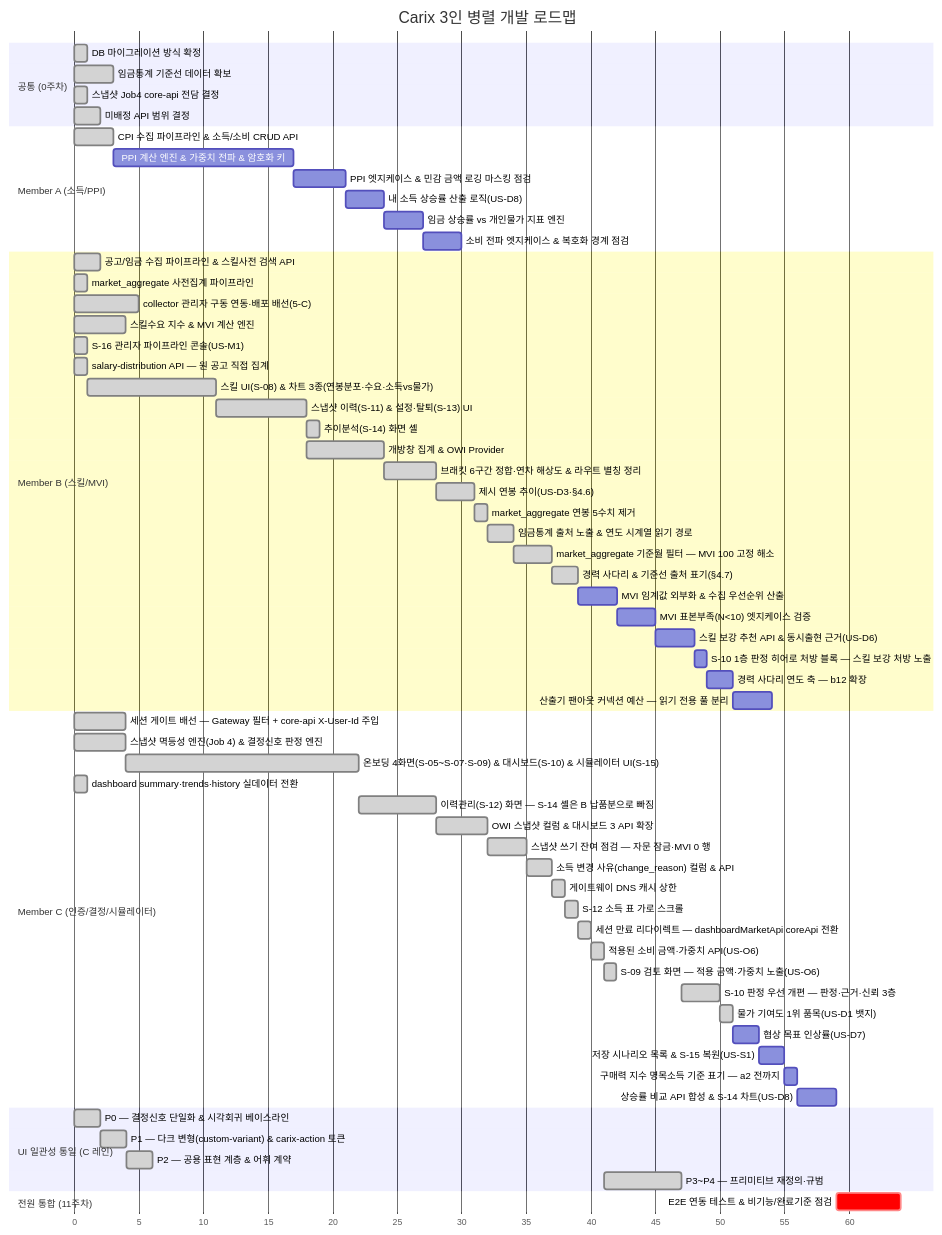
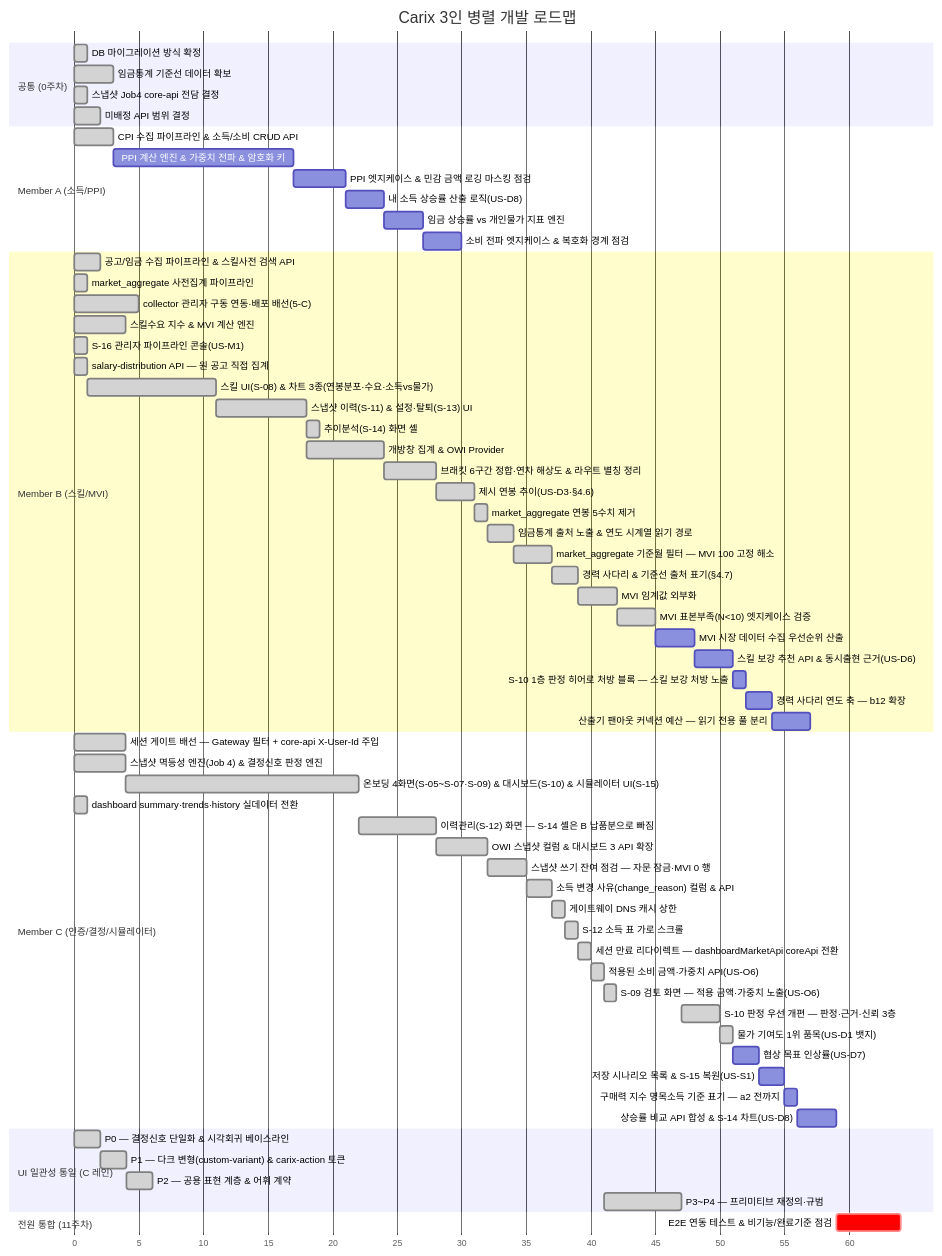
The first of 2 diagrams in docs/plans/carix-dev-plan.md (SeoHyeokGyu/Carix), drawn with Mermaid before and after one commit. The commit also changed other lines of this file, not shown here.

````diff
--- a/docs/plans/carix-dev-plan.md
+++ b/docs/plans/carix-dev-plan.md
@@ -89,68 +89,69 @@
 ```mermaid
 gantt
     title Carix 3인 병렬 개발 로드맵
     dateFormat X
     axisFormat %s
     section 공통 (0주차)
     DB 마이그레이션 방식 확정 :done, c0a, 0, 1s
     임금통계 기준선 데이터 확보 :done, a0, 3, 3s
     스냅샷 Job4 core-api 전담 결정 :done, i0, 7, 1s
     미배정 API 범위 결정 :done, c0, 7, 2s
     section Member A (소득/PPI)
     CPI 수집 파이프라인 & 소득/소비 CRUD API :done, a1, 12, 3s
     PPI 계산 엔진 & 가중치 전파 & 암호화 키 :a2, after a1, 14s
     PPI 엣지케이스 & 민감 금액 로깅 마스킹 점검 :a7, after a2, 4s
     내 소득 상승률 산출 로직(US-D8) :a9, after a7, 3s
     임금 상승률 vs 개인물가 지표 엔진 :a10, after a9, 3s
     소비 전파 엣지케이스 & 복호화 경계 점검 :a12, after a10, 3s
     section Member B (스킬/MVI)
     공고/임금 수집 파이프라인 & 스킬사전 검색 API :done, b1, 2, 2s
     market_aggregate 사전집계 파이프라인 :done, b2a, 3, 1s
     collector 관리자 구동 연동·배포 배선(5-C) :done, b0, 7, 5s
     스킬수요 지수 & MVI 계산 엔진 :done, b2, 8, 4s
     S-16 관리자 파이프라인 콘솔(US-M1) :done, b16, 14, 1s
     salary-distribution API — 원 공고 직접 집계 :done, b3a, 15, 1s
     스킬 UI(S-08) & 차트 3종(연봉분포·수요·소득vs물가) :done, b3, after b3a, 10s
     스냅샷 이력(S-11) & 설정·탈퇴(S-13) UI :done, b4, after b3, 7s
     추이분석(S-14) 화면 셸 :done, b4a, after b4, 1s
     개방창 집계 & OWI Provider :done, b6, after b4, 6s
     브래킷 6구간 정합·연차 해상도 & 라우트 별칭 정리 :done, b7, after b6, 4s
     제시 연봉 추이(US-D3·§4.6) :done, b10, after b7, 3s
     market_aggregate 연봉 5수치 제거 :done, b11, after b10, 1s
     임금통계 출처 노출 & 연도 시계열 읽기 경로 :done, b13, after b11, 2s
     market_aggregate 기준월 필터 — MVI 100 고정 해소 :done, b18, after b13, 3s
     경력 사다리 & 기준선 출처 표기(§4.7) :done, b12, after b18, 2s
-    MVI 임계값 외부화 & 수집 우선순위 산출 :b8, after b12, 3s
-    MVI 표본부족(N<10) 엣지케이스 검증 :b8a, after b8, 3s
-    스킬 보강 추천 API & 동시출현 근거(US-D6) :b9, after b8a, 3s
+    MVI 임계값 외부화 :done, b8, after b12, 3s
+    MVI 표본부족(N<10) 엣지케이스 검증 :done, b8a, after b8, 3s
+    MVI 시장 데이터 수집 우선순위 산출 :b8b, after b8a, 3s
+    스킬 보강 추천 API & 동시출현 근거(US-D6) :b9, after b8b, 3s
     S-10 1층 판정 히어로 처방 블록 — 스킬 보강 처방 노출 :b15, after b9, 1s
     경력 사다리 연도 축 — b12 확장 :b14, after b15, 2s
     산출기 팬아웃 커넥션 예산 — 읽기 전용 풀 분리 :b17, after b14, 3s
     section Member C (인증/결정/시뮬레이터)
     세션 게이트 배선 — Gateway 필터 + core-api X-User-Id 주입 :done, c0b, 7, 4s
     스냅샷 멱등성 엔진(Job 4) & 결정신호 판정 엔진 :done, c2, 8, 4s
     온보딩 4화면(S-05~S-07·S-09) & 대시보드(S-10) & 시뮬레이터 UI(S-15) :done, c3, after c2, 18s
     dashboard summary·trends·history 실데이터 전환 :done, c4a, 15, 1s
     이력관리(S-12) 화면 — S-14 셸은 B 납품분으로 빠짐 :done, c4, after c3, 6s
     OWI 스냅샷 컬럼 & 대시보드 3 API 확장 :done, c6, after c4, 4s
     스냅샷 쓰기 잔여 점검 — 자문 잠금·MVI 0 행 :done, c5, after c6, 3s
     소득 변경 사유(change_reason) 컬럼 & API :done, c10, after c5, 2s
     게이트웨이 DNS 캐시 상한 :done, c7, after c10, 1s
     S-12 소득 표 가로 스크롤 :done, c13, after c7, 1s
     세션 만료 리다이렉트 — dashboardMarketApi coreApi 전환 :done, c16, after c13, 1s
     적용된 소비 금액·가중치 API(US-O6) :done, c11, after c16, 1s
     S-09 검토 화면 — 적용 금액·가중치 노출(US-O6) :done, c17, after c11, 1s
     S-10 판정 우선 개편 — 판정·근거·신뢰 3층 :done, c15, after ui3, 3s
     물가 기여도 1위 품목(US-D1 뱃지) :done, c12, after c15, 1s
     협상 목표 인상률(US-D7) :c8, after c12, 2s
     저장 시나리오 목록 & S-15 복원(US-S1) :c9, after c8, 2s
     구매력 지수 명목소득 기준 표기 — a2 전까지 :c18, after c9, 1s
     상승률 비교 API 합성 & S-14 차트(US-D8) :c14, after c18 a9 a10 b13, 3s
     section UI 일관성 통일 (C 레인)
     P0 — 결정신호 단일화 & 시각회귀 베이스라인 :done, ui0, 33, 2s
     P1 — 다크 변형(custom-variant) & carix-action 토큰 :done, ui1, after ui0, 2s
     P2 — 공용 표현 계층 & 어휘 계약 :done, ui2, after ui1, 2s
     P3~P4 — 프리미티브 재정의·규범 :done, ui3, after c11, 6s
     section 전원 통합 (11주차)
-    E2E 연동 테스트 & 비기능/완료기준 점검 :crit, e2e, after a12 b14 c14, 5s
+    E2E 연동 테스트 & 비기능/완료기준 점검 :crit, e2e, after a12 b17 c14, 5s
 ```
````
